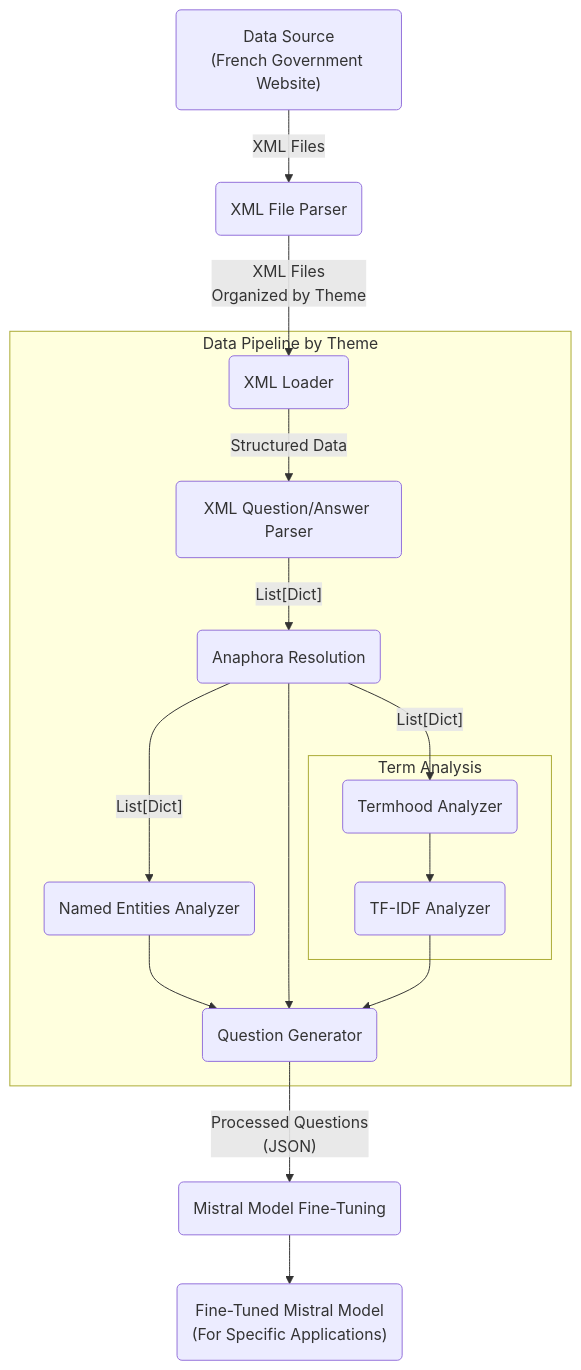
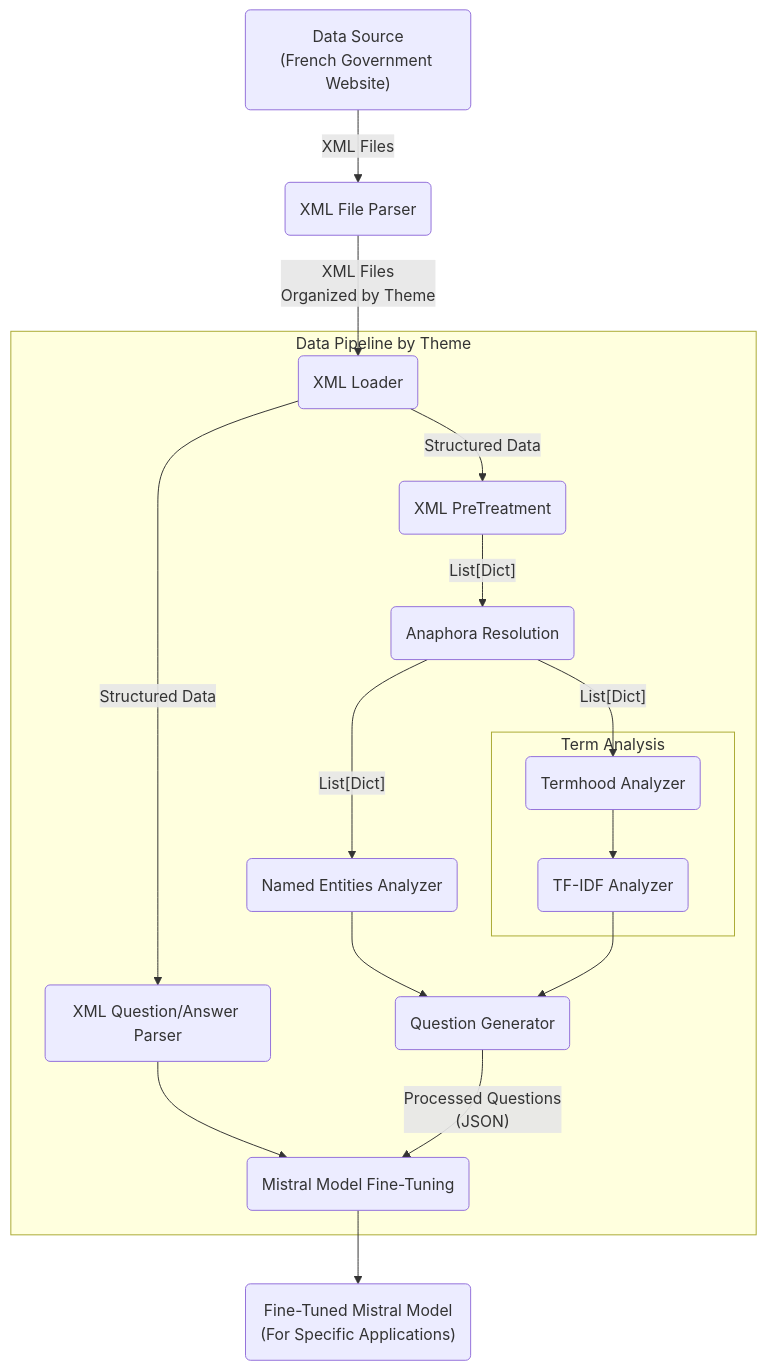
One commit to neoseb59/ChatBot_NLP changed the first of 2 diagrams in README.md. Above: the diagram before and after it, drawn with Mermaid.

````diff
--- a/README.md
+++ b/README.md
@@ -32,26 +32,28 @@
 ```mermaid
+
 graph TD
-
     A("Data Source\n(French Government Website)") -- "XML Files" --> B("XML File Parser")
     B -- "XML Files\nOrganized by Theme" --> C("XML Loader")
     
     subgraph "Data Pipeline by Theme"
         C -- "Structured Data" --> D("XML Question/Answer Parser")
-        D -- "List[Dict]" --> K("Anaphora Resolution")
+        C -- "Structured Data" --> L("XML PreTreatment")
+        L -- "List[Dict]" --> K("Anaphora Resolution")
         K -- "List[Dict]" --> F("Termhood Analyzer")
         
         subgraph "Term Analysis"
             F --> G("TF-IDF Analyzer")
         end
 
         K -- "List[Dict]" --> E("Named Entities Analyzer")
         E --> H("Question Generator")
-        K --> H
+        D --> I
         G --> H
     end
 
     H -- "Processed Questions\n(JSON)" --> I("Mistral Model Fine-Tuning")
     I --> J("Fine-Tuned Mistral Model\n(For Specific Applications)")
 
     class A,B,C,D,E,F,G,H,I,J nodeStyle;
+
 ```
````
